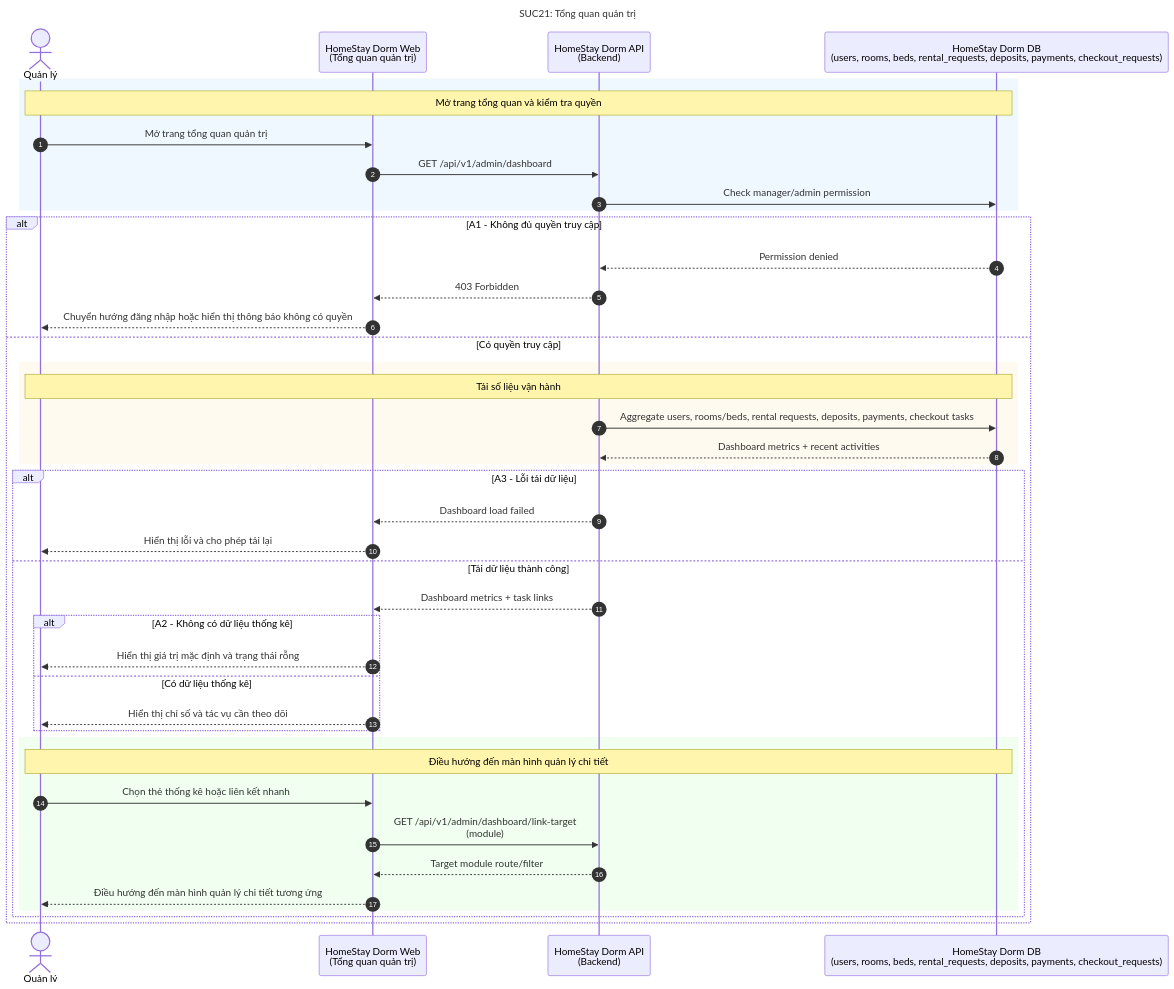
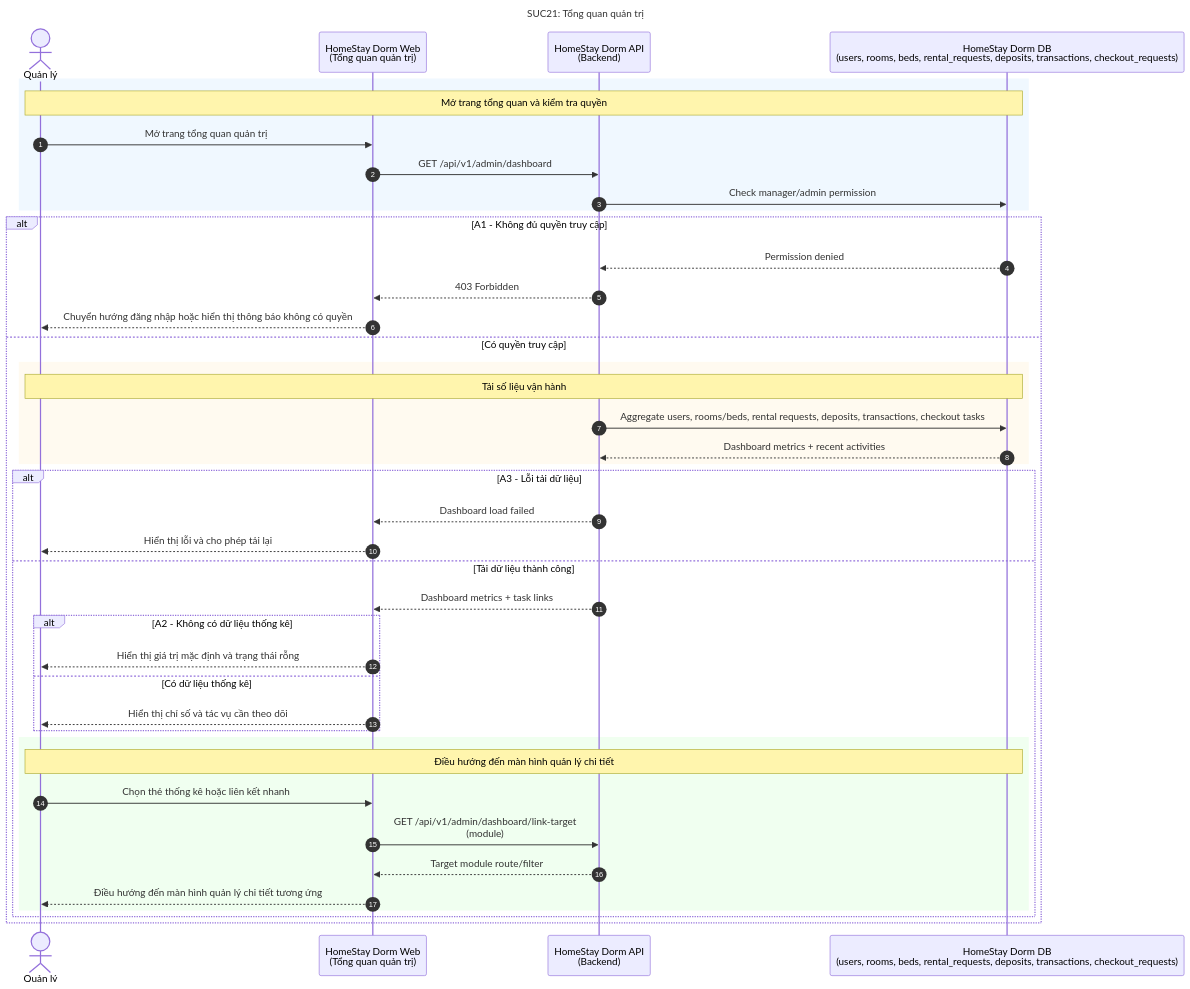
The diagram in docs/SUC/SUC21-tong-quan-quan-tri.mmd (dinhdaivu/CSC12004_Information-Systems-Analysis-and-Design), drawn with Mermaid before and after one commit. The commit also changed 11 other files, not shown here.

```diff
--- a/docs/SUC/SUC21-tong-quan-quan-tri.mmd
+++ b/docs/SUC/SUC21-tong-quan-quan-tri.mmd
@@ -1,46 +1,46 @@
 sequenceDiagram
     title SUC21: Tổng quan quản trị
     autonumber
     actor M as Quản lý
     participant Web as HomeStay Dorm Web<br/>(Tổng quan quản trị)
     participant API as HomeStay Dorm API<br/>(Backend)
-    participant DB as HomeStay Dorm DB<br/>(users, rooms, beds, rental_requests, deposits, payments, checkout_requests)
+    participant DB as HomeStay Dorm DB<br/>(users, rooms, beds, rental_requests, deposits, transactions, checkout_requests)
 
     rect rgb(240, 248, 255)
         Note over M, DB: Mở trang tổng quan và kiểm tra quyền
         M->>Web: Mở trang tổng quan quản trị
         Web->>API: GET /api/v1/admin/dashboard
         API->>DB: Check manager/admin permission
     end
 
     alt A1 - Không đủ quyền truy cập
         DB-->>API: Permission denied
         API-->>Web: 403 Forbidden
         Web-->>M: Chuyển hướng đăng nhập hoặc hiển thị thông báo không có quyền
     else Có quyền truy cập
         rect rgb(255, 250, 240)
             Note over M, DB: Tải số liệu vận hành
-            API->>DB: Aggregate users, rooms/beds, rental requests, deposits, payments, checkout tasks
+            API->>DB: Aggregate users, rooms/beds, rental requests, deposits, transactions, checkout tasks
             DB-->>API: Dashboard metrics + recent activities
         end
 
         alt A3 - Lỗi tải dữ liệu
             API-->>Web: Dashboard load failed
             Web-->>M: Hiển thị lỗi và cho phép tải lại
         else Tải dữ liệu thành công
             API-->>Web: Dashboard metrics + task links
             alt A2 - Không có dữ liệu thống kê
                 Web-->>M: Hiển thị giá trị mặc định và trạng thái rỗng
             else Có dữ liệu thống kê
                 Web-->>M: Hiển thị chỉ số và tác vụ cần theo dõi
             end
 
             rect rgb(240, 255, 240)
                 Note over M, DB: Điều hướng đến màn hình quản lý chi tiết
                 M->>Web: Chọn thẻ thống kê hoặc liên kết nhanh
                 Web->>API: GET /api/v1/admin/dashboard/link-target<br/>(module)
                 API-->>Web: Target module route/filter
                 Web-->>M: Điều hướng đến màn hình quản lý chi tiết tương ứng
             end
         end
     end
```
